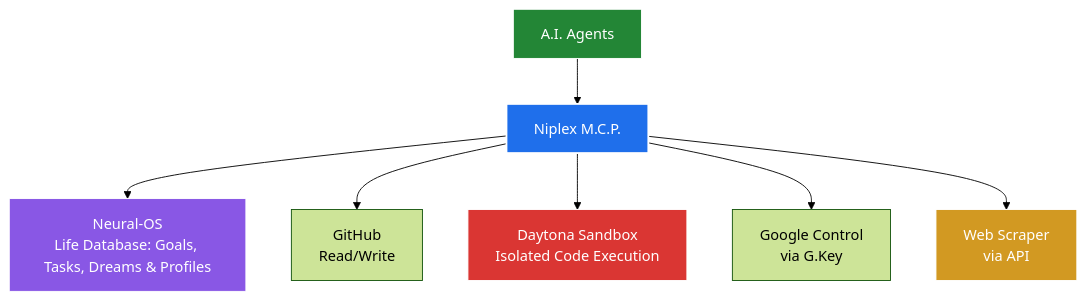
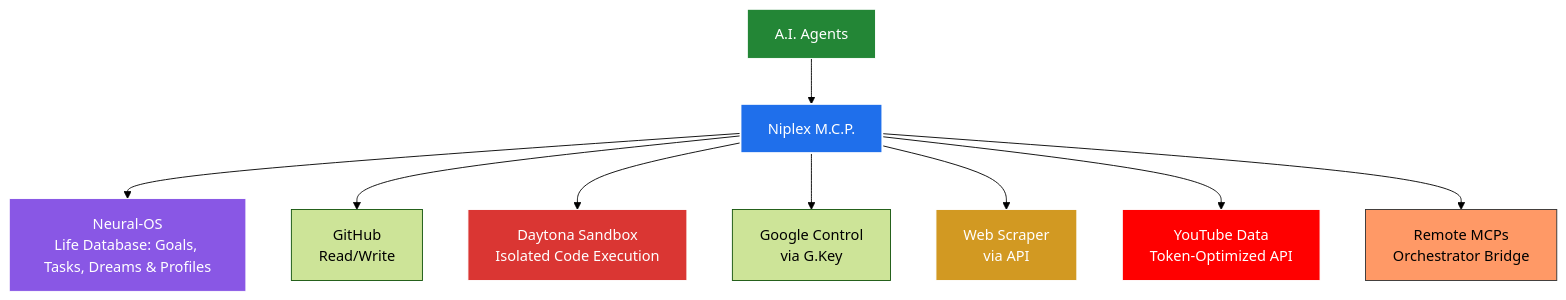
The diagram in README.md (Aj-Niplex/niplex-mcp), drawn with Mermaid (forest theme) before and after one commit. The commit also changed other lines of this file, not shown here.

Commit message:
docs: update README with v5 architecture and orchestration tools

````diff
--- a/README.md
+++ b/README.md
@@ -9,19 +9,23 @@
 ```mermaid
 graph TD
     %% Main Flow
     Agents[A.I. Agents] --> MCP[Niplex M.C.P.]
 
     %% Core Systems & Integrations
     MCP --> NeuralOS[Neural-OS<br/>Life Database: Goals, Tasks, Dreams & Profiles]
     MCP --> GitHub[GitHub<br/>Read/Write]
     MCP --> Daytona[Daytona Sandbox<br/>Isolated Code Execution] 
     MCP --> Google[Google Control<br/>via G.Key]
     MCP --> Scraper[Web Scraper<br/>via API]
+    MCP --> YouTube[YouTube Data<br/>Token-Optimized API]
+    MCP --> RemoteMCP[Remote MCPs<br/>Orchestrator Bridge]
 
     %% Styling
     style MCP fill:#1f6feb,stroke:#fff,stroke-width:2px,color:#fff
     style Agents fill:#238636,stroke:#fff,stroke-width:1px,color:#fff
     style NeuralOS fill:#8957e5,stroke:#fff,stroke-width:1px,color:#fff
     style Daytona fill:#da3633,stroke:#fff,stroke-width:1px,color:#fff
     style Scraper fill:#d29922,stroke:#fff,stroke-width:1px,color:#fff
+    style YouTube fill:#ff0000,stroke:#fff,stroke-width:1px,color:#fff
+    style RemoteMCP fill:#f96,stroke:#333,stroke-width:1px,color:#000
 ```
````
